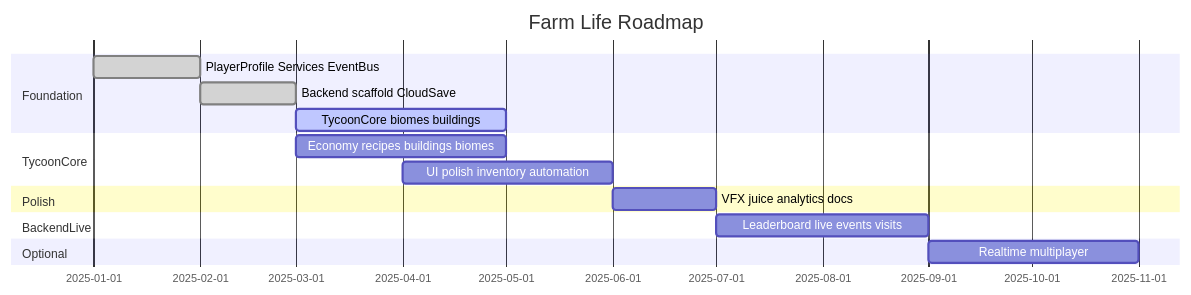
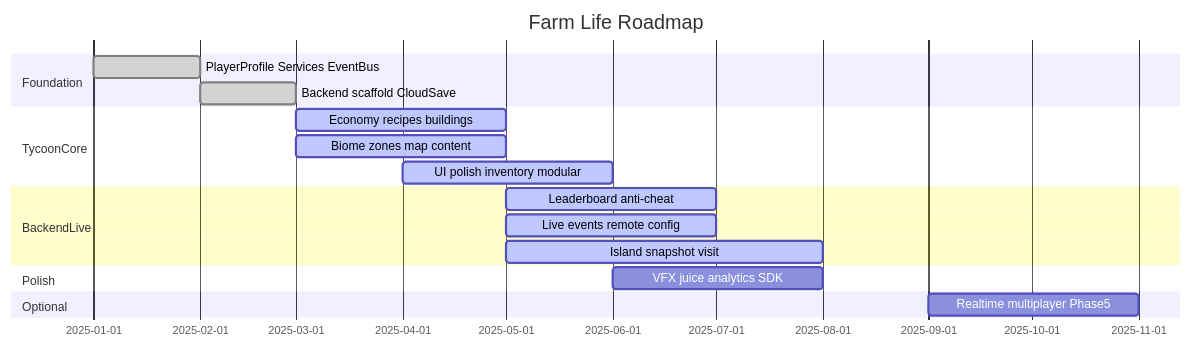
Diagram 15 of 15 in Assets/_Game/Documentation/FARM_LIFE_DESIGN.md (ducanhdev-lab/Farm-Simulator), drawn with Mermaid before and after one commit. The commit also changed other lines of this file and 72 other files, not shown here.

First line of the commit message:
feat(unity): Farm Life leaderboard, biomes, processing, modular UI

````diff
--- a/Assets/_Game/Documentation/FARM_LIFE_DESIGN.md
+++ b/Assets/_Game/Documentation/FARM_LIFE_DESIGN.md
@@ -490,18 +583,20 @@
 ```mermaid
 gantt
     title Farm Life Roadmap
     dateFormat YYYY-MM
     section Foundation
         PlayerProfile Services EventBus     :done, 2025-01, 2025-02
         Backend scaffold CloudSave          :done, 2025-02, 2025-03
-        TycoonCore biomes buildings         :active, 2025-03, 2025-05
     section TycoonCore
-        Economy recipes buildings biomes    :2025-03, 2025-05
-        UI polish inventory automation      :2025-04, 2025-06
+        Economy recipes buildings           :active, 2025-03, 2025-05
+        Biome zones map content             :active, 2025-03, 2025-05
+        UI polish inventory modular         :active, 2025-04, 2025-06
+    section BackendLive
+        Leaderboard anti-cheat              :active, 2025-05, 2025-07
+        Live events remote config           :active, 2025-05, 2025-07
+        Island snapshot visit               :active, 2025-05, 2025-08
     section Polish
-        VFX juice analytics docs            :2025-06, 2025-07
-    section BackendLive
-        Leaderboard live events visits      :2025-07, 2025-09
+        VFX juice analytics SDK             :2025-06, 2025-08
     section Optional
-        Realtime multiplayer                :2025-09, 2025-11
+        Realtime multiplayer Phase5         :2025-09, 2025-11
 ```
````
